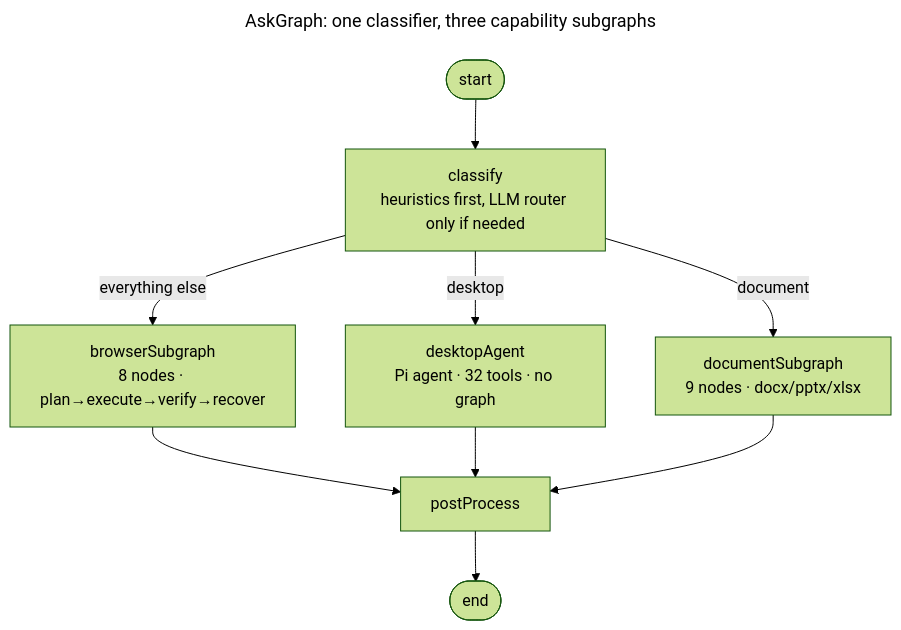
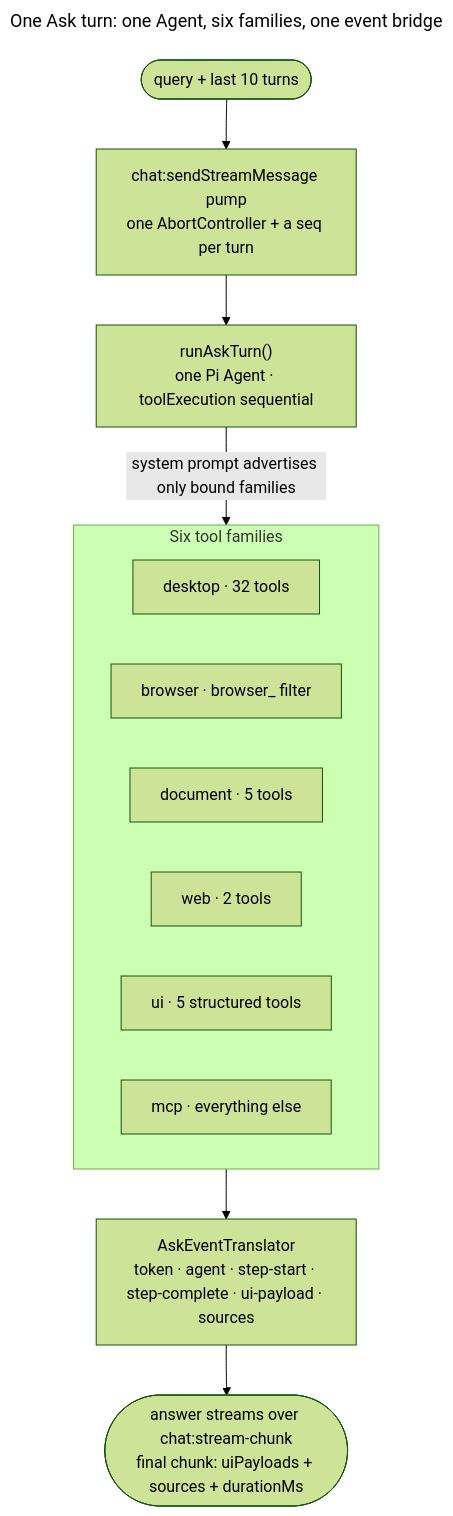
One commit to Launchero/Qyther changed the second of 2 diagrams in README.md. Above: the diagram before and after it, drawn with Mermaid (forest theme). The commit also changed other lines of this file and 83 other files, not shown here.

Commit message:
docs(contracts): refresh dox docs design-lab diagrams and screenshots

````diff
--- a/README.md
+++ b/README.md
@@ -89,14 +89,19 @@
 ```mermaid
 ---
-title: "AskGraph: one classifier, three capability subgraphs"
+title: "One Ask turn: one Agent, six families, one event bridge"
 ---
 flowchart TB
-  S(["start"]) --> C["classify<br/>heuristics first, LLM router only if needed"]
-  C -- "desktop" --> D["desktopAgent<br/>Pi agent · 32 tools · no graph"]
-  C -- "document" --> DOC["documentSubgraph<br/>9 nodes · docx/pptx/xlsx"]
-  C -- "everything else" --> B["browserSubgraph<br/>8 nodes · plan→execute→verify→recover"]
-  B --> PP["postProcess"]
-  D --> PP
-  DOC --> PP
-  PP --> E(["end"])
+  S(["query + last 10 turns"]) --> P["chat:sendStreamMessage pump<br/>one AbortController + a seq per turn"]
+  P --> A["runAskTurn()<br/>one Pi Agent · toolExecution sequential"]
+  A -- "system prompt advertises only bound families" --> F
+  subgraph F["Six tool families"]
+    D["desktop · 32 tools"]
+    B["browser · browser_ filter"]
+    DOC["document · 5 tools"]
+    W["web · 2 tools"]
+    U["ui · 5 structured tools"]
+    M["mcp · everything else"]
+  end
+  F --> T["AskEventTranslator<br/>token · agent · step-start · step-complete · ui-payload · sources"]
+  T --> E(["answer streams over chat:stream-chunk<br/>final chunk: uiPayloads + sources + durationMs"])
 ```
````
